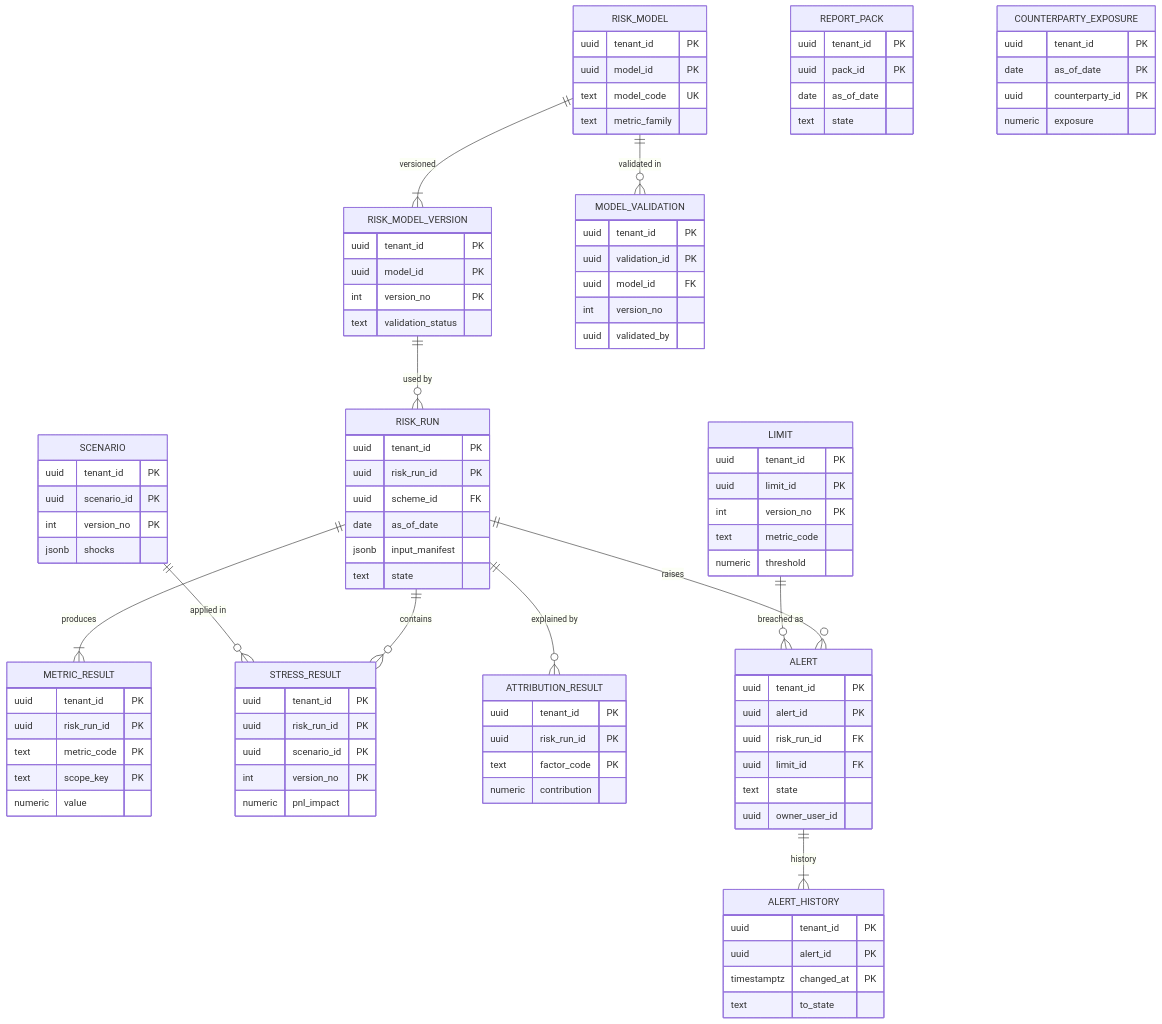
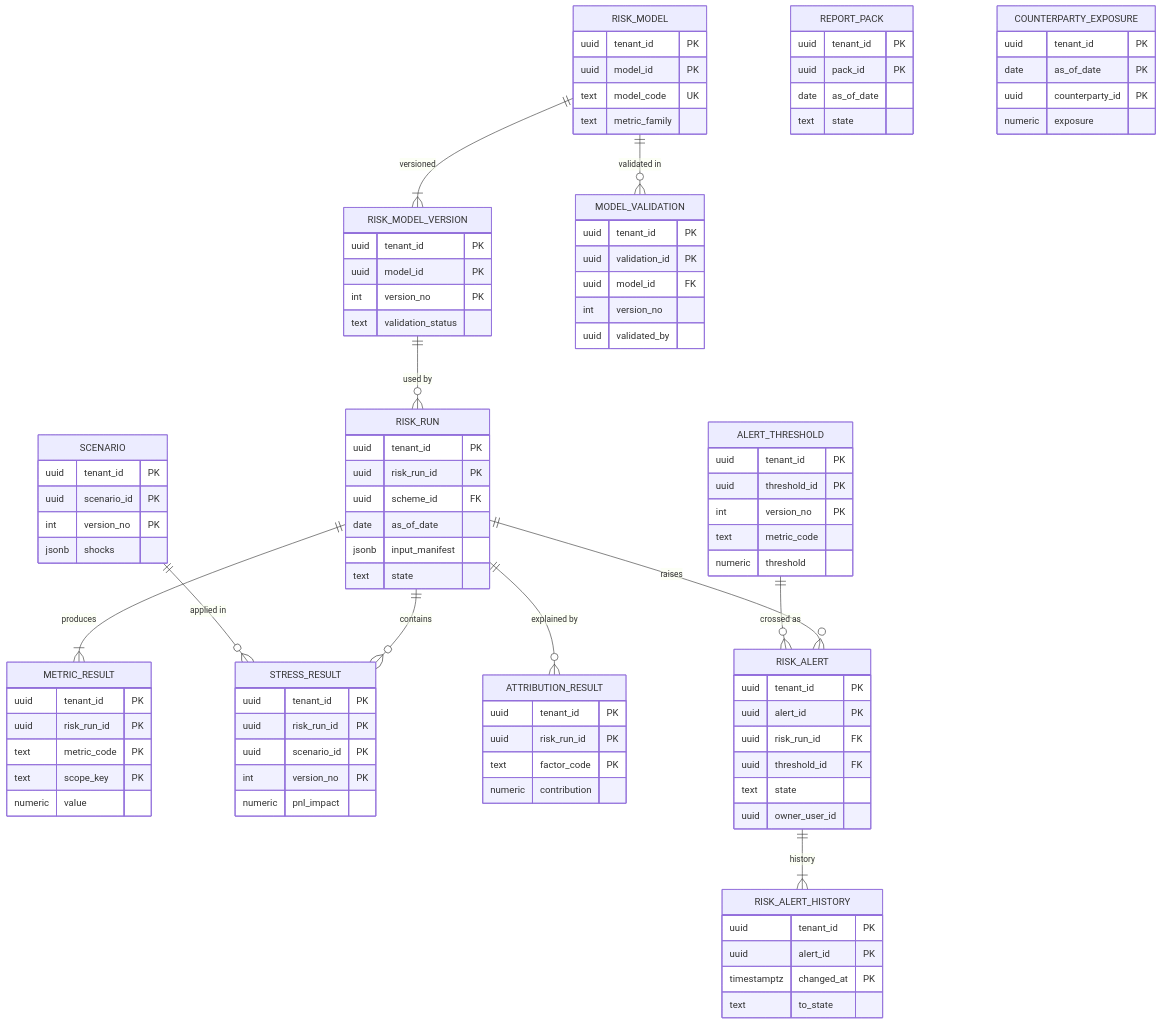
The diagram in architecture/erds/D09_risk.md (suchitdubey7/AMC-OS), drawn with Mermaid before and after one commit. The commit also changed other lines of this file and 19 other files, not shown here.

```diff
--- a/architecture/erds/D09_risk.md
+++ b/architecture/erds/D09_risk.md
@@ -15,9 +15,9 @@
   SCENARIO ||--o{ STRESS_RESULT : "applied in"
   RISK_RUN ||--o{ STRESS_RESULT : "contains"
   RISK_RUN ||--o{ ATTRIBUTION_RESULT : "explained by"
-  LIMIT ||--o{ ALERT : "breached as"
-  RISK_RUN ||--o{ ALERT : "raises"
-  ALERT ||--|{ ALERT_HISTORY : "history"
+  ALERT_THRESHOLD ||--o{ RISK_ALERT : "crossed as"
+  RISK_RUN ||--o{ RISK_ALERT : "raises"
+  RISK_ALERT ||--|{ RISK_ALERT_HISTORY : "history"
   RISK_MODEL {
     uuid tenant_id PK
     uuid model_id PK
@@ -71,22 +71,22 @@
     text factor_code PK
     numeric contribution
   }
-  LIMIT {
+  ALERT_THRESHOLD {
     uuid tenant_id PK
-    uuid limit_id PK
+    uuid threshold_id PK
     int version_no PK
     text metric_code
     numeric threshold
   }
-  ALERT {
+  RISK_ALERT {
     uuid tenant_id PK
     uuid alert_id PK
     uuid risk_run_id FK
-    uuid limit_id FK
+    uuid threshold_id FK
     text state
     uuid owner_user_id
   }
-  ALERT_HISTORY {
+  RISK_ALERT_HISTORY {
     uuid tenant_id PK
     uuid alert_id PK
     timestamptz changed_at PK
```
